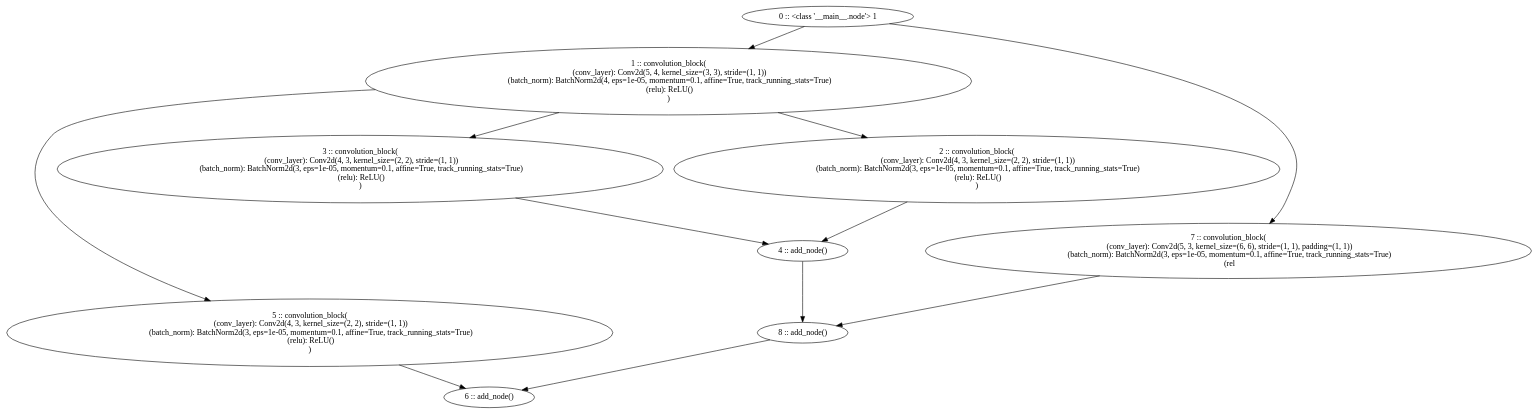
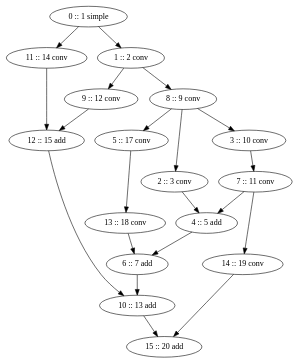
One commit to pradyumn014/NeuralArchitectureSearch changed the diagram in arch.gv. Above: the diagram before and after it, drawn with Graphviz. The commit also changed 4 other files, not shown here.

```diff
--- a/arch.gv
+++ b/arch.gv
@@ -1,42 +1,39 @@
 // arch.gv
 digraph arch {
-	0 [label="0 :: <class '__main__.node'> 1"]
-	1 [label="1 :: convolution_block(
-  (conv_layer): Conv2d(5, 4, kernel_size=(3, 3), stride=(1, 1))
-  (batch_norm): BatchNorm2d(4, eps=1e-05, momentum=0.1, affine=True, track_running_stats=True)
-  (relu): ReLU()
-)"]
-	2 [label="2 :: convolution_block(
-  (conv_layer): Conv2d(4, 3, kernel_size=(2, 2), stride=(1, 1))
-  (batch_norm): BatchNorm2d(3, eps=1e-05, momentum=0.1, affine=True, track_running_stats=True)
-  (relu): ReLU()
-)"]
-	3 [label="3 :: convolution_block(
-  (conv_layer): Conv2d(4, 3, kernel_size=(2, 2), stride=(1, 1))
-  (batch_norm): BatchNorm2d(3, eps=1e-05, momentum=0.1, affine=True, track_running_stats=True)
-  (relu): ReLU()
-)"]
-	4 [label="4 :: add_node()"]
-	5 [label="5 :: convolution_block(
-  (conv_layer): Conv2d(4, 3, kernel_size=(2, 2), stride=(1, 1))
-  (batch_norm): BatchNorm2d(3, eps=1e-05, momentum=0.1, affine=True, track_running_stats=True)
-  (relu): ReLU()
-)"]
-	6 [label="6 :: add_node()"]
-	7 [label="7 :: convolution_block(
-  (conv_layer): Conv2d(5, 3, kernel_size=(6, 6), stride=(1, 1), padding=(1, 1))
-  (batch_norm): BatchNorm2d(3, eps=1e-05, momentum=0.1, affine=True, track_running_stats=True)
-  (rel"]
-	8 [label="8 :: add_node()"]
+	0 [label="0 :: 1 simple"]
+	1 [label="1 :: 2 conv"]
+	2 [label="2 :: 3 conv"]
+	3 [label="3 :: 10 conv"]
+	4 [label="4 :: 5 add"]
+	5 [label="5 :: 17 conv"]
+	6 [label="6 :: 7 add"]
+	7 [label="7 :: 11 conv"]
+	8 [label="8 :: 9 conv"]
+	9 [label="9 :: 12 conv"]
+	10 [label="10 :: 13 add"]
+	11 [label="11 :: 14 conv"]
+	12 [label="12 :: 15 add"]
+	13 [label="13 :: 18 conv"]
+	14 [label="14 :: 19 conv"]
+	15 [label="15 :: 20 add"]
 	0 -> 1
-	0 -> 7
-	1 -> 2
-	1 -> 3
-	1 -> 5
+	0 -> 11
+	1 -> 8
+	1 -> 9
 	2 -> 4
-	3 -> 4
-	4 -> 8
-	5 -> 6
-	7 -> 8
-	8 -> 6
+	3 -> 7
+	4 -> 6
+	5 -> 13
+	6 -> 10
+	7 -> 4
+	7 -> 14
+	8 -> 2
+	8 -> 3
+	8 -> 5
+	9 -> 12
+	10 -> 15
+	11 -> 12
+	12 -> 10
+	13 -> 6
+	14 -> 15
 }
```
